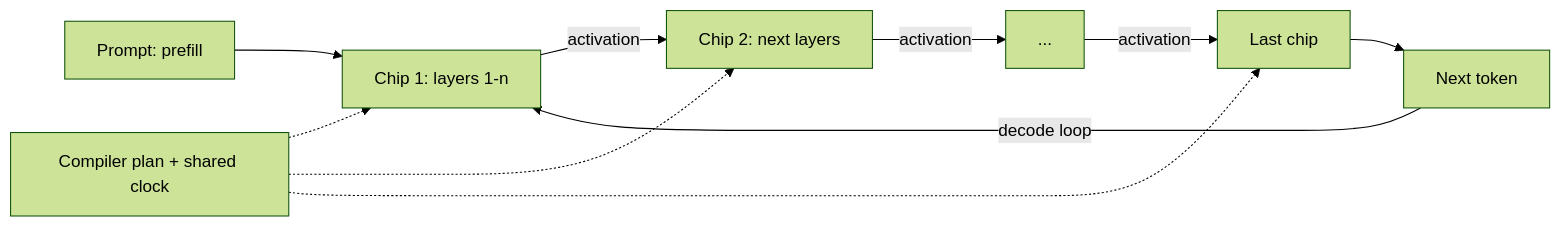
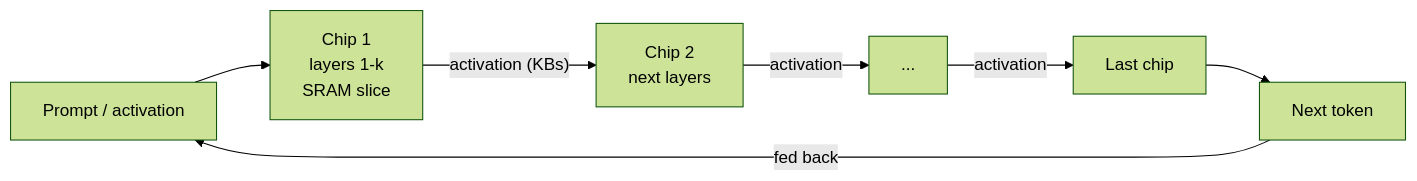
The first of 2 diagrams in notes/step-16-ai-infrastructure-deployment-and-system-design/184-how-does-an-lpu-work.md (kaisarnajar/outcome-school-blogs), drawn with Mermaid (forest theme) before and after one commit. The commit also changed other lines of this file and 233 other files, not shown here.

````diff
--- a/notes/step-16-ai-infrastructure-deployment-and-system-design/184-how-does-an-lpu-work.md
+++ b/notes/step-16-ai-infrastructure-deployment-and-system-design/184-how-does-an-lpu-work.md
@@ -45,12 +74,9 @@
 ```mermaid
 flowchart LR
-    P["Prompt: prefill"] --> C1["Chip 1: layers 1-n"]
-    C1 -->|"activation"| C2["Chip 2: next layers"]
+    P["Prompt / activation"] --> C1["Chip 1<br/>layers 1-k<br/>SRAM slice"]
+    C1 -->|"activation (KBs)"| C2["Chip 2<br/>next layers"]
     C2 -->|"activation"| C3["..."]
     C3 -->|"activation"| CN["Last chip"]
     CN --> T["Next token"]
-    T -->|"decode loop"| C1
-    K["Compiler plan + shared clock"] -.-> C1
-    K -.-> C2
-    K -.-> CN
+    T -->|"fed back"| P
 ```
````
